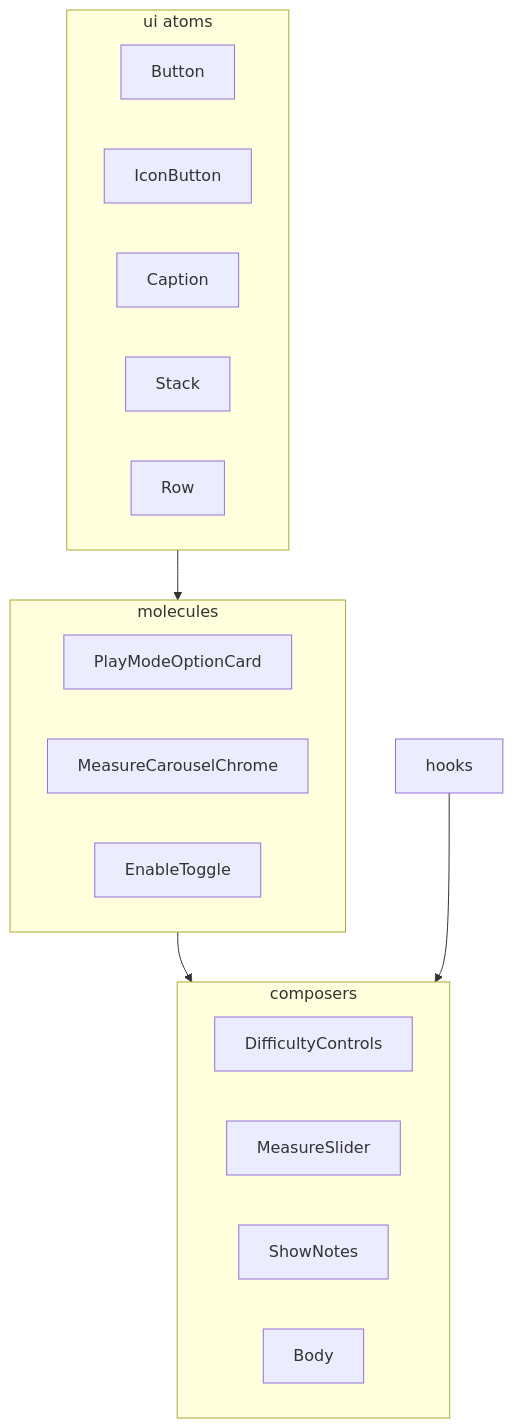
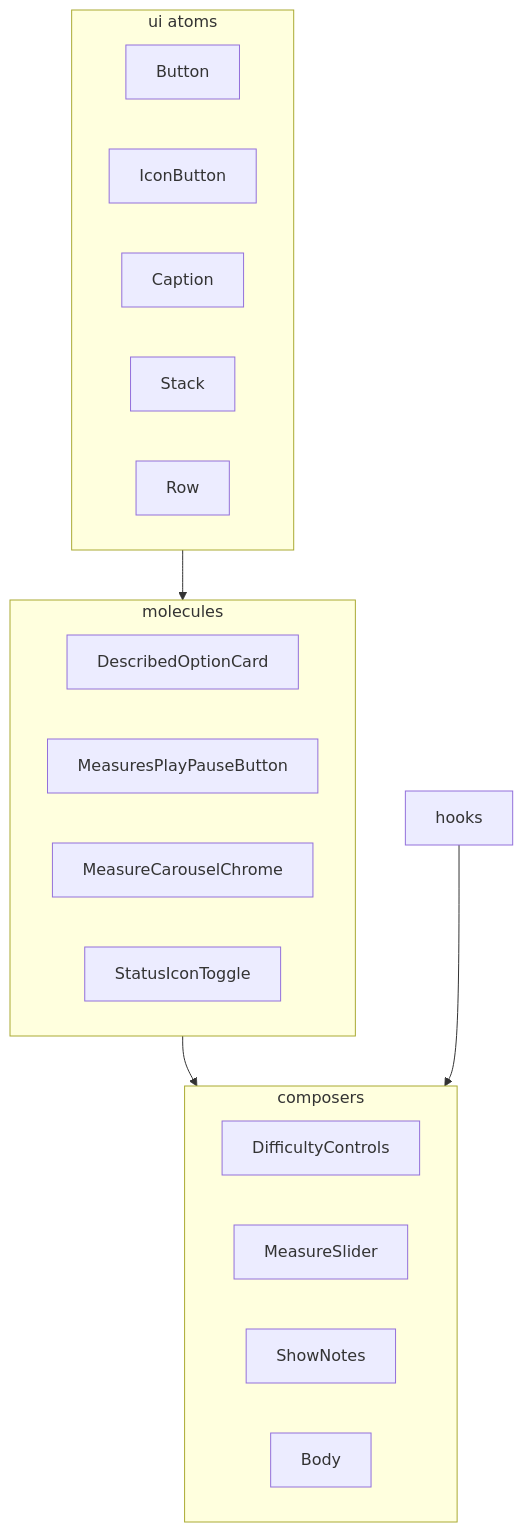
Before and after one commit to kylemichaelsullivan/poison-rhythm: the first of 3 diagrams in documentation/ARCHITECTURE.md, drawn with Mermaid. The commit also changed other lines of this file and 72 other files, not shown here.

````diff
--- a/documentation/ARCHITECTURE.md
+++ b/documentation/ARCHITECTURE.md
@@ -9,24 +9,25 @@
 ```mermaid
 flowchart TB
   subgraph atoms [ui atoms]
     Button
     IconButton
     Caption
     Stack
     Row
   end
   subgraph molecules [molecules]
-    PlayModeOptionCard
+    DescribedOptionCard
+    MeasuresPlayPauseButton
     MeasureCarouselChrome
-    EnableToggle
+    StatusIconToggle
   end
   subgraph composers [composers]
     DifficultyControls
     MeasureSlider
     ShowNotes
     Body
   end
   hooks[hooks]
   atoms --> molecules --> composers
   hooks --> composers
 ```
````
